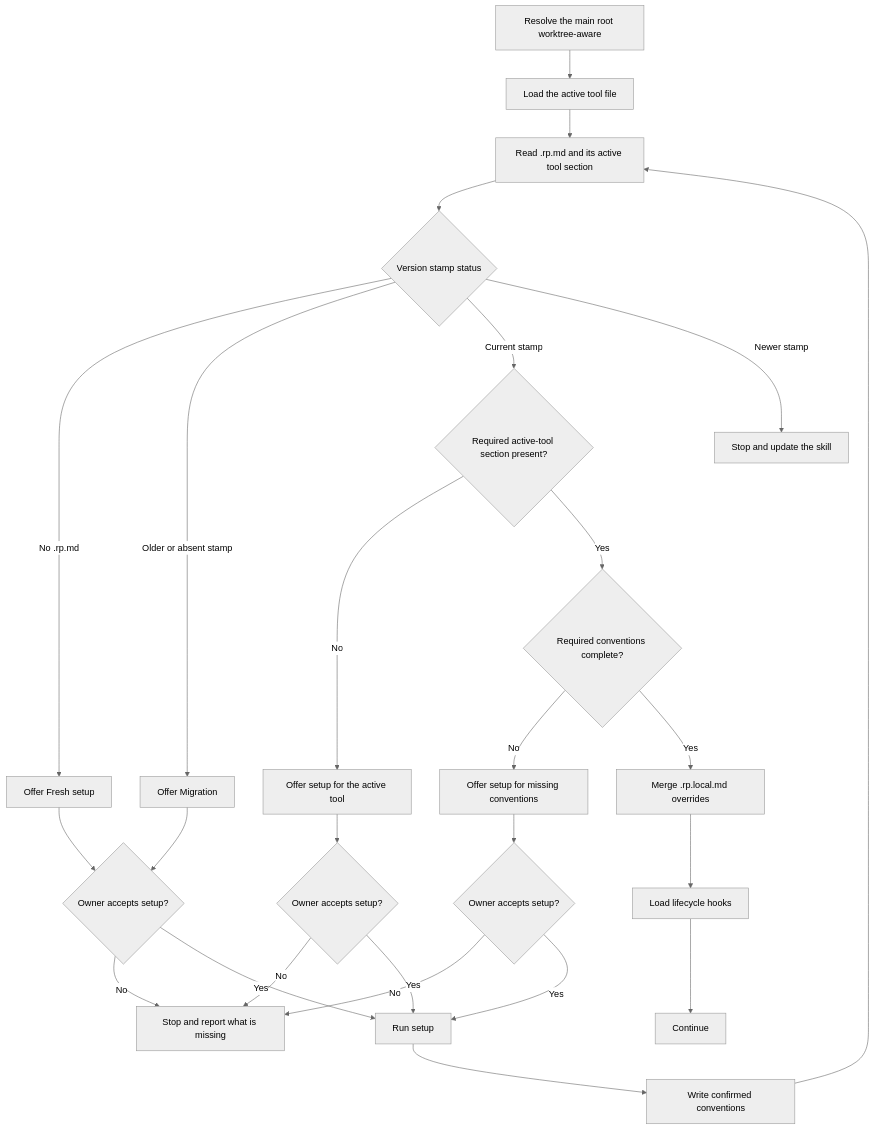
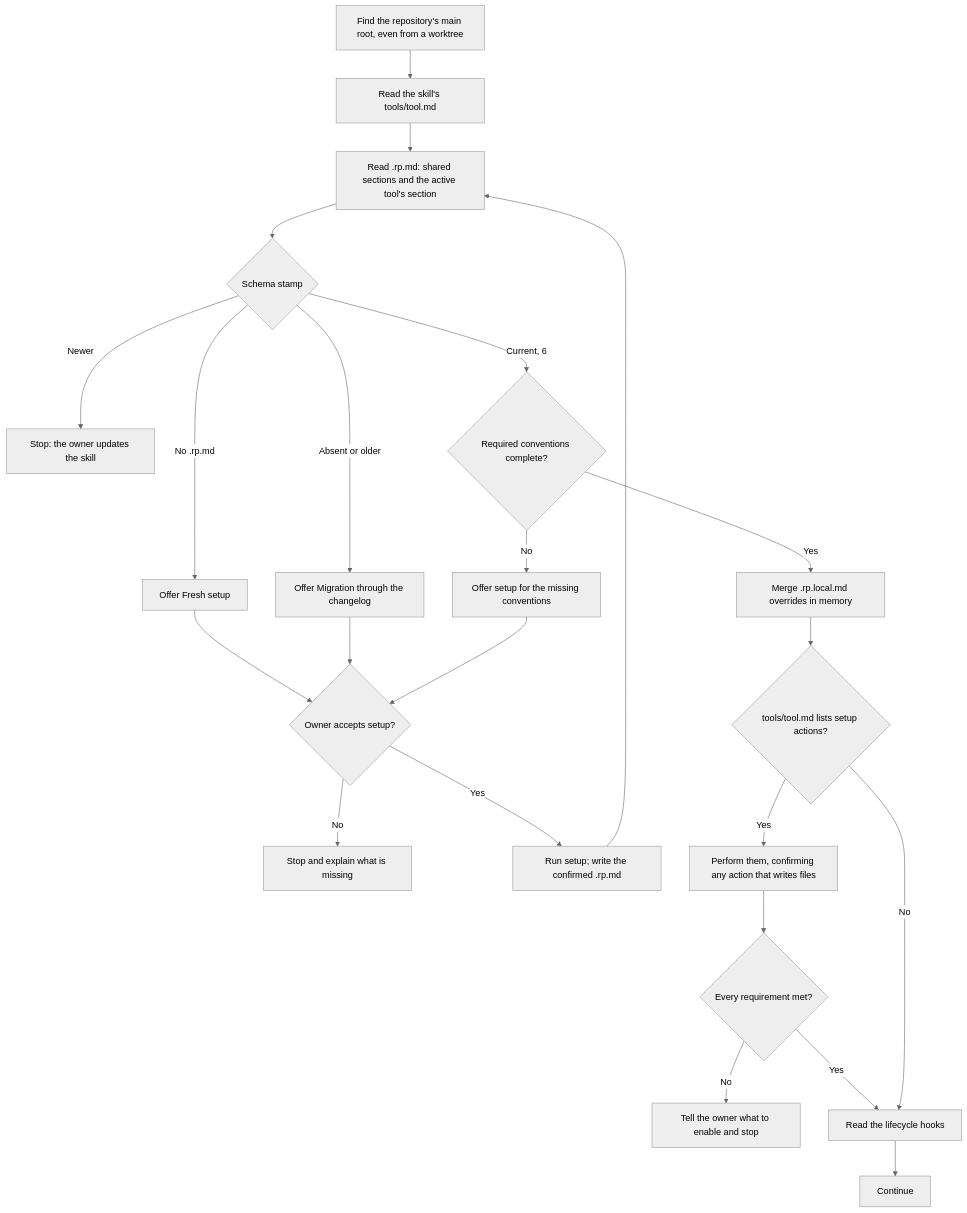
The diagram in docs/flowcharts/load-conventions.md (Automattic/radical-pipelines), drawn with Mermaid (neutral theme) before and after one commit. The commit also changed other lines of this file and 8 other files, not shown here.

Commit message:
Redraw the flowcharts for the v4 loop, threads, and escalation (assisted)

````diff
--- a/docs/flowcharts/load-conventions.md
+++ b/docs/flowcharts/load-conventions.md
@@ -5,28 +5,25 @@
 ```mermaid
 flowchart TD
-    A["Resolve the main root worktree-aware"] --> B["Load the active tool file"]
-    B --> C["Read .rp.md and its active tool section"]
-    C --> H{"Version stamp status"}
+    A["Find the repository's main root, even from a worktree"] --> B["Read the skill's tools/tool.md"]
+    B --> C["Read .rp.md: shared sections and the active tool's section"]
+    C --> H{"Schema stamp"}
     H -->|No .rp.md| I["Offer Fresh setup"]
-    H -->|Older or absent stamp| J["Offer Migration"]
-    H -->|Current stamp| D{"Required active-tool section present?"}
-    H -->|Newer stamp| L["Stop and update the skill"]
-    D -->|No| E["Offer setup for the active tool"]
-    E --> F{"Owner accepts setup?"}
-    F -->|No| STOP["Stop and report what is missing"]
-    F -->|Yes| SETUP["Run setup"]
-    SETUP --> WRITE["Write confirmed conventions"]
-    WRITE --> C
-    D -->|Yes| K{"Required conventions complete?"}
+    H -->|Absent or older| J["Offer Migration through the changelog"]
+    H -->|Newer| L["Stop: the owner updates the skill"]
+    H -->|Current, 6| K{"Required conventions complete?"}
     I --> M{"Owner accepts setup?"}
     J --> M
-    M -->|No| STOP
-    M -->|Yes| SETUP
-    K -->|No| N["Offer setup for missing conventions"]
-    N --> O{"Owner accepts setup?"}
-    O -->|No| STOP
-    O -->|Yes| SETUP
-    K -->|Yes| G["Merge .rp.local.md overrides"]
-    G --> P["Load lifecycle hooks"]
+    K -->|No| N["Offer setup for the missing conventions"]
+    N --> M
+    M -->|No| STOP["Stop and explain what is missing"]
+    M -->|Yes| SETUP["Run setup; write the confirmed .rp.md"]
+    SETUP --> C
+    K -->|Yes| G["Merge .rp.local.md overrides in memory"]
+    G --> T{"tools/tool.md lists setup actions?"}
+    T -->|Yes| TA["Perform them, confirming any action that writes files"]
+    TA --> TR{"Every requirement met?"}
+    TR -->|No| TSTOP["Tell the owner what to enable and stop"]
+    TR -->|Yes| P
+    T -->|No| P["Read the lifecycle hooks"]
     P --> Q["Continue"]
 ```
````
